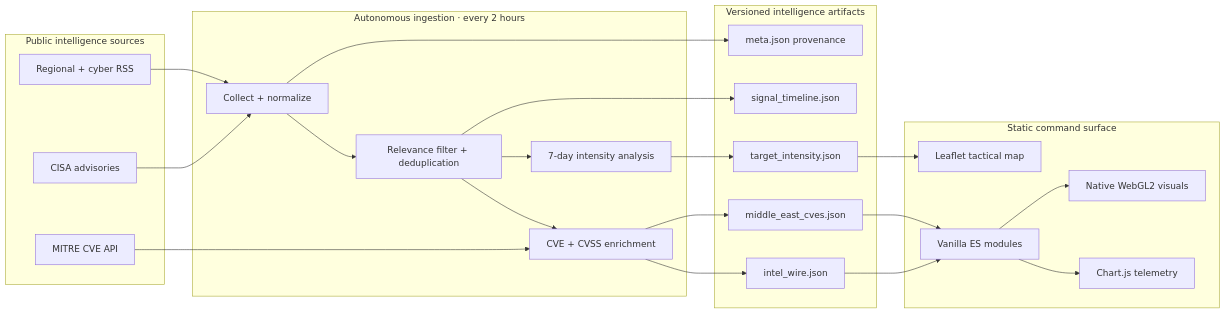
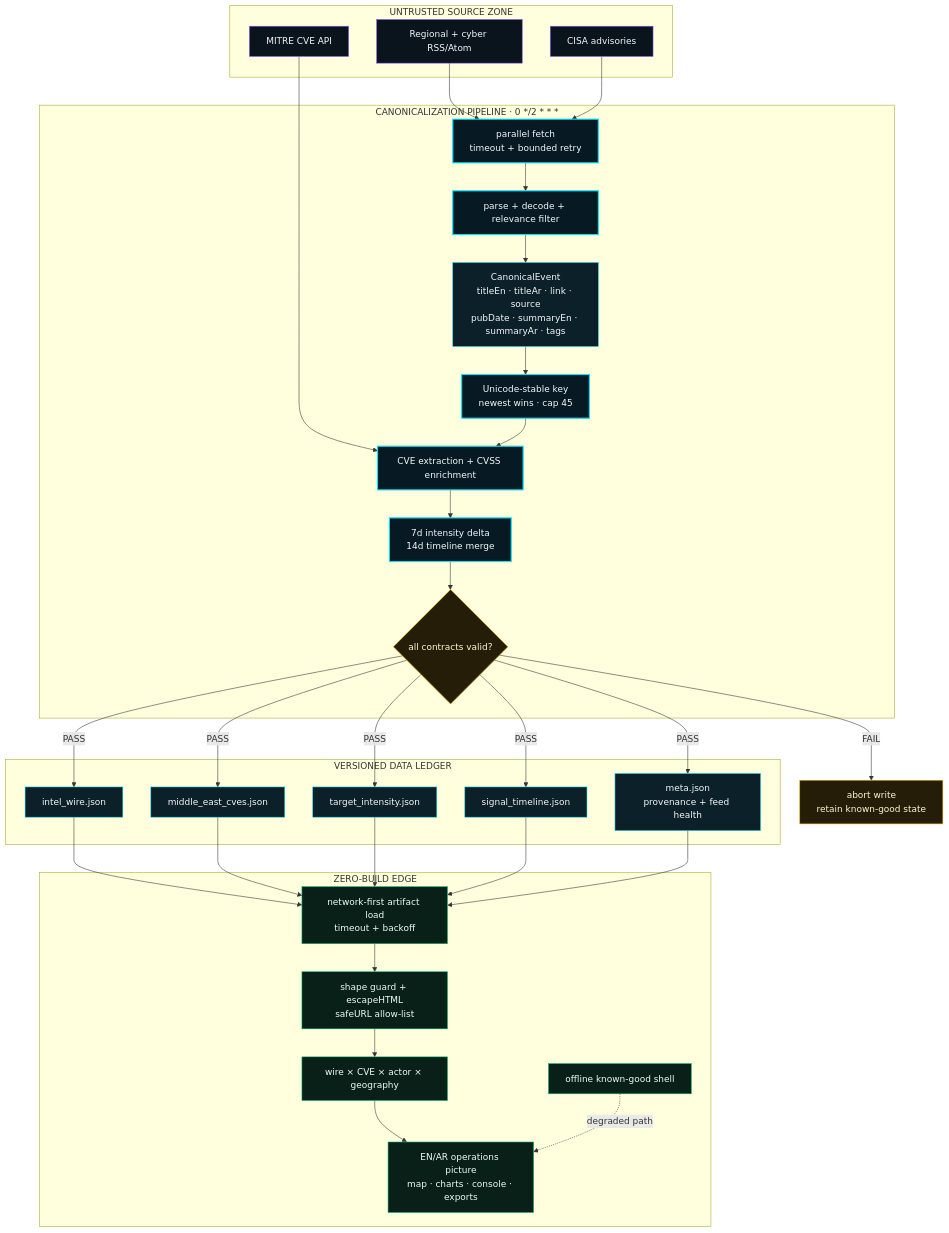
The first of 3 diagrams in README.md (YASLOGIST/yaslogist-intelligence), drawn with Mermaid before and after one commit. The commit also changed other lines of this file and 5 other files, not shown here.

Commit message:
docs: build autonomous kinetic README

````diff
--- a/README.md
+++ b/README.md
@@ -57,47 +100,48 @@
 ```mermaid
-flowchart LR
-    subgraph Sources[Public intelligence sources]
-        RSS[Regional + cyber RSS]
-        CISA[CISA advisories]
-        MITRE[MITRE CVE API]
+flowchart TB
+    classDef source fill:#09141d,stroke:#8b5cf6,color:#f4f7fa,stroke-width:1px
+    classDef process fill:#071923,stroke:#00e5ff,color:#f4f7fa,stroke-width:2px
+    classDef artifact fill:#0b2028,stroke:#22d3ee,color:#f4f7fa
+    classDef guard fill:#251d08,stroke:#eab308,color:#fff7d6
+    classDef edge fill:#082018,stroke:#10b981,color:#ecfdf5
+
+    subgraph SOURCE[UNTRUSTED SOURCE ZONE]
+      RSS[Regional + cyber RSS/Atom]:::source
+      CISA[CISA advisories]:::source
+      MITRE[MITRE CVE API]:::source
     end
 
-    subgraph Pipeline[Autonomous ingestion · every 2 hours]
-        COLLECT[Collect + normalize]
-        FILTER[Relevance filter + deduplication]
-        ENRICH[CVE + CVSS enrichment]
-        SCORE[7-day intensity analysis]
+    subgraph NORMALIZE[CANONICALIZATION PIPELINE · 0 */2 * * *]
+      FETCH[parallel fetch<br/>timeout + bounded retry]:::process
+      PARSE[parse + decode + relevance filter]:::process
+      EVENT[CanonicalEvent<br/>titleEn · titleAr · link · source<br/>pubDate · summaryEn · summaryAr · tags]:::artifact
+      DEDUPE[Unicode-stable key<br/>newest wins · cap 45]:::process
+      ENRICH[CVE extraction + CVSS enrichment]:::process
+      SCORE[7d intensity delta<br/>14d timeline merge]:::process
+      VALIDATE{all contracts valid?}:::guard
     end
 
-    subgraph Data[Versioned intelligence artifacts]
-        WIRE[intel_wire.json]
-        CVE[middle_east_cves.json]
-        HEAT[target_intensity.json]
-        META[meta.json provenance]
-        TIME[signal_timeline.json]
+    subgraph LEDGER[VERSIONED DATA LEDGER]
+      WIRE[intel_wire.json]:::artifact
+      CVE[middle_east_cves.json]:::artifact
+      HEAT[target_intensity.json]:::artifact
+      TIME[signal_timeline.json]:::artifact
+      META[meta.json<br/>provenance + feed health]:::artifact
     end
 
-    subgraph Edge[Static command surface]
-        UI[Vanilla ES modules]
-        MAP[Leaflet tactical map]
-        CHART[Chart.js telemetry]
-        VFX[Native WebGL2 visuals]
+    subgraph EDGE[ZERO-BUILD EDGE]
+      LOAD[network-first artifact load<br/>timeout + backoff]:::edge
+      SAFE[shape guard + escapeHTML<br/>safeURL allow-list]:::edge
+      FUSE[wire × CVE × actor × geography]:::edge
+      UI[EN/AR operations picture<br/>map · charts · console · exports]:::edge
+      CACHE[offline known-good shell]:::edge
     end
 
-    RSS --> COLLECT
-    CISA --> COLLECT
-    COLLECT --> FILTER
-    FILTER --> ENRICH
+    RSS & CISA --> FETCH --> PARSE --> EVENT --> DEDUPE
     MITRE --> ENRICH
-    FILTER --> SCORE
-    ENRICH --> WIRE
-    ENRICH --> CVE
-    SCORE --> HEAT
-    FILTER --> TIME
-    COLLECT --> META
-    WIRE --> UI
-    CVE --> UI
-    HEAT --> MAP
-    UI --> CHART
-    UI --> VFX
+    DEDUPE --> ENRICH --> SCORE --> VALIDATE
+    VALIDATE -- PASS --> WIRE & CVE & HEAT & TIME & META
+    VALIDATE -- FAIL --> HOLD[abort write<br/>retain known-good state]:::guard
+    WIRE & CVE & HEAT & TIME & META --> LOAD --> SAFE --> FUSE --> UI
+    CACHE -. degraded path .-> UI
 ```
````
